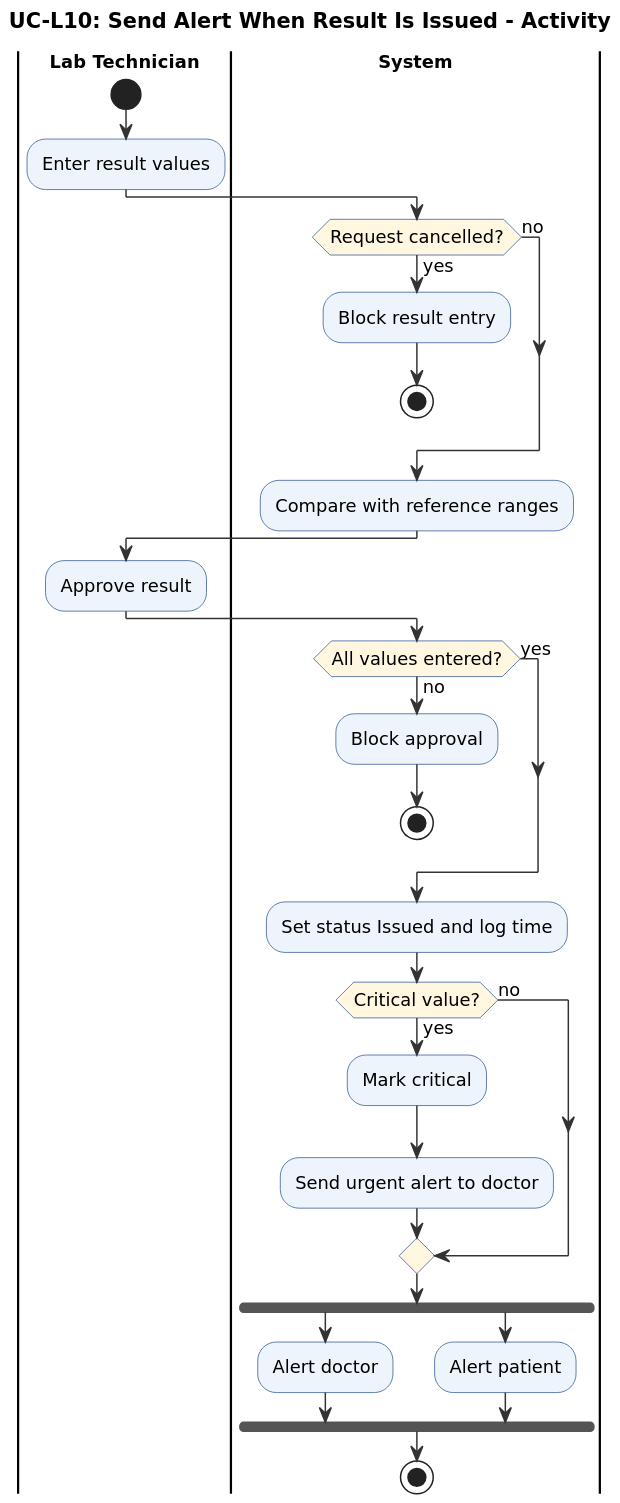
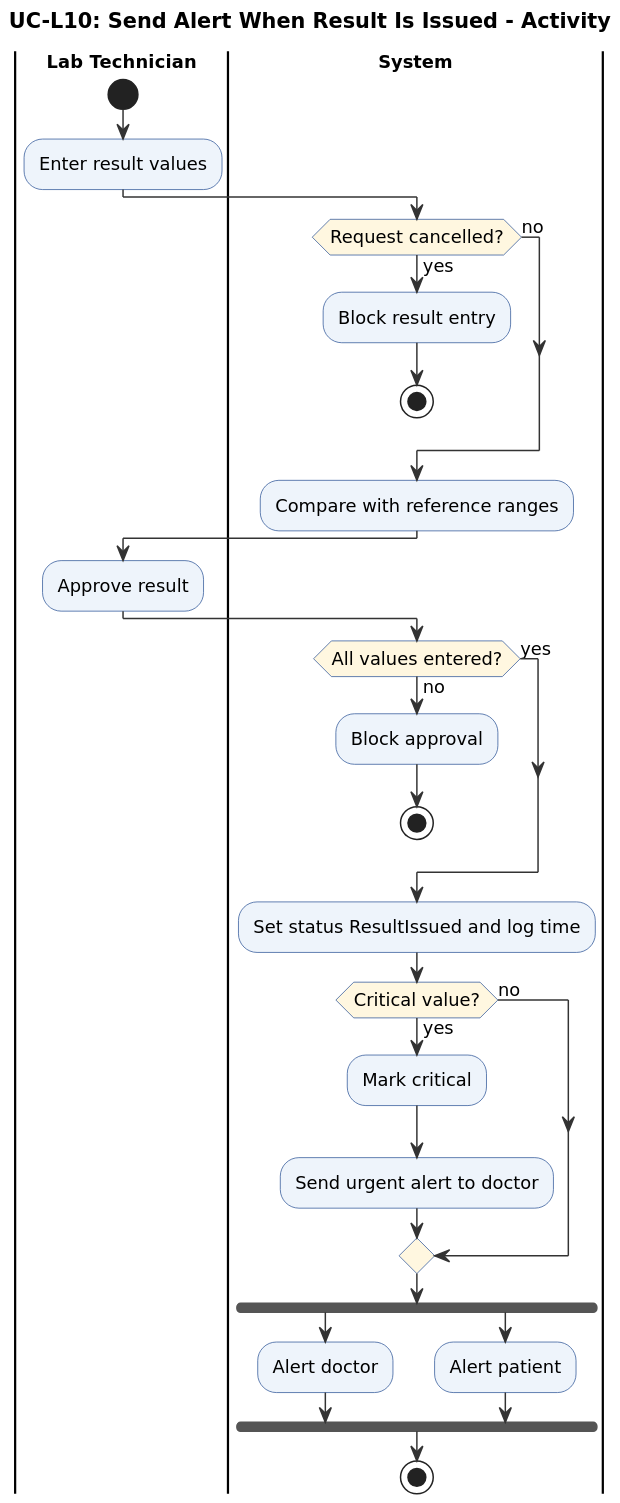
Before and after one commit to aymansl/HCMS: the diagram in docs/diagrams/UC-L10_act.puml, drawn with PlantUML. The commit also changed 2 other files, not shown here.

Commit message:
docs(requirements): English UI in the usability requirement; one name for the result-issued status

```diff
--- a/docs/diagrams/UC-L10_act.puml
+++ b/docs/diagrams/UC-L10_act.puml
@@ -1,50 +1,50 @@
 @startuml
 skinparam dpi 170
 skinparam shadowing false
 skinparam defaultFontName DejaVu Sans
 skinparam defaultFontSize 12
 skinparam ArrowColor #333333
 skinparam ActivityBackgroundColor #EEF4FB
 skinparam ActivityBorderColor #2F5597
 skinparam ActivityDiamondBackgroundColor #FFF7E0
 skinparam SwimlaneTitleFontStyle bold
 skinparam ParticipantBackgroundColor #EEF4FB
 skinparam ParticipantBorderColor #2F5597
 skinparam SequenceLifeLineBorderColor #888888
 skinparam UsecaseBackgroundColor #EEF4FB
 skinparam UsecaseBorderColor #2F5597
 skinparam ActorBorderColor #2F5597
 skinparam DatabaseBackgroundColor #EEF4FB
 skinparam SequenceGroupHeaderFontStyle bold
 title UC-L10: Send Alert When Result Is Issued - Activity
 |Lab Technician|
 start
 :Enter result values;
 |System|
 if (Request cancelled?) then (yes)
   :Block result entry;
   stop
 else (no)
 endif
 :Compare with reference ranges;
 |Lab Technician|
 :Approve result;
 |System|
 if (All values entered?) then (no)
   :Block approval;
   stop
 else (yes)
 endif
-:Set status Issued and log time;
+:Set status ResultIssued and log time;
 if (Critical value?) then (yes)
   :Mark critical;
   :Send urgent alert to doctor;
 else (no)
 endif
 fork
   :Alert doctor;
 fork again
   :Alert patient;
 end fork
 stop
 @enduml
```
